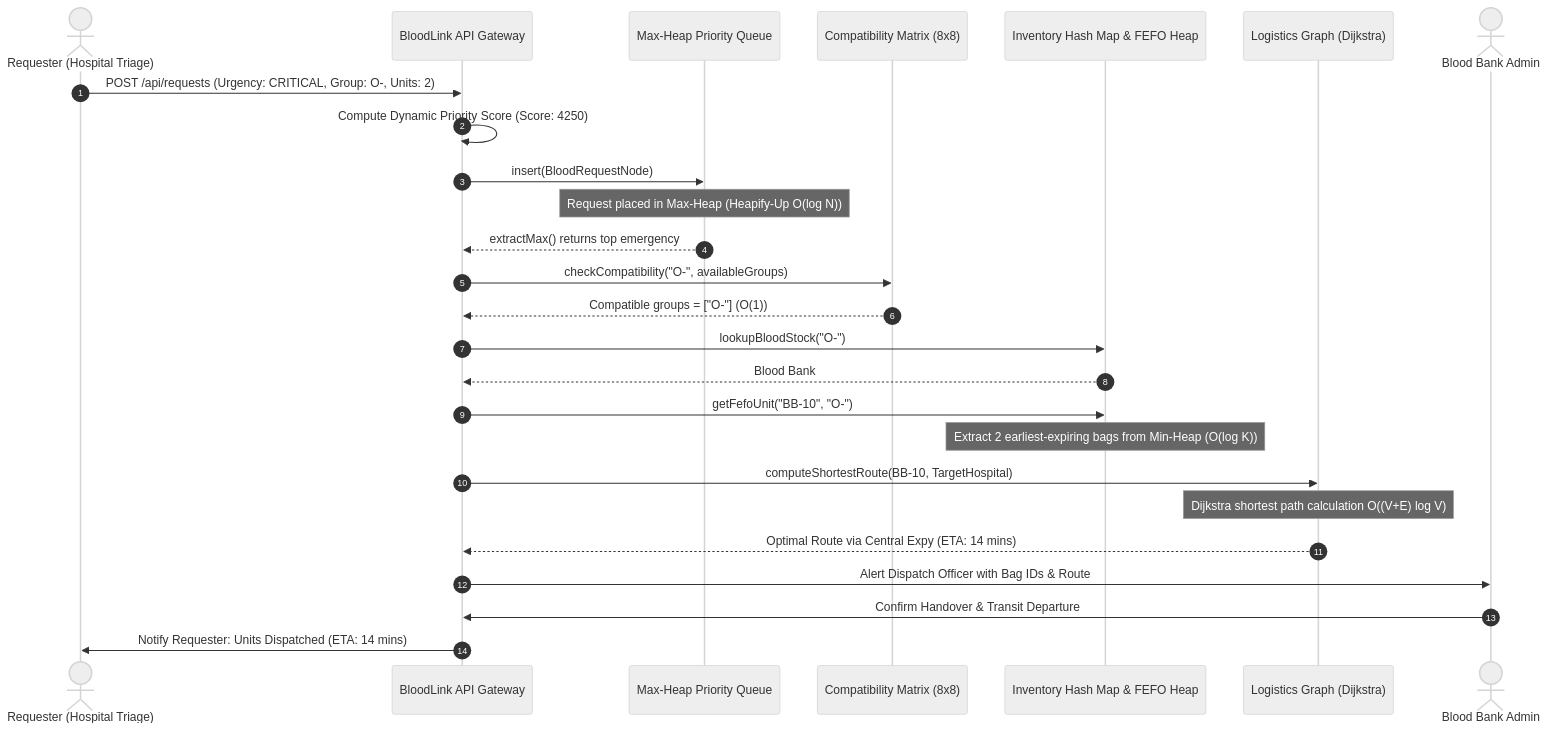
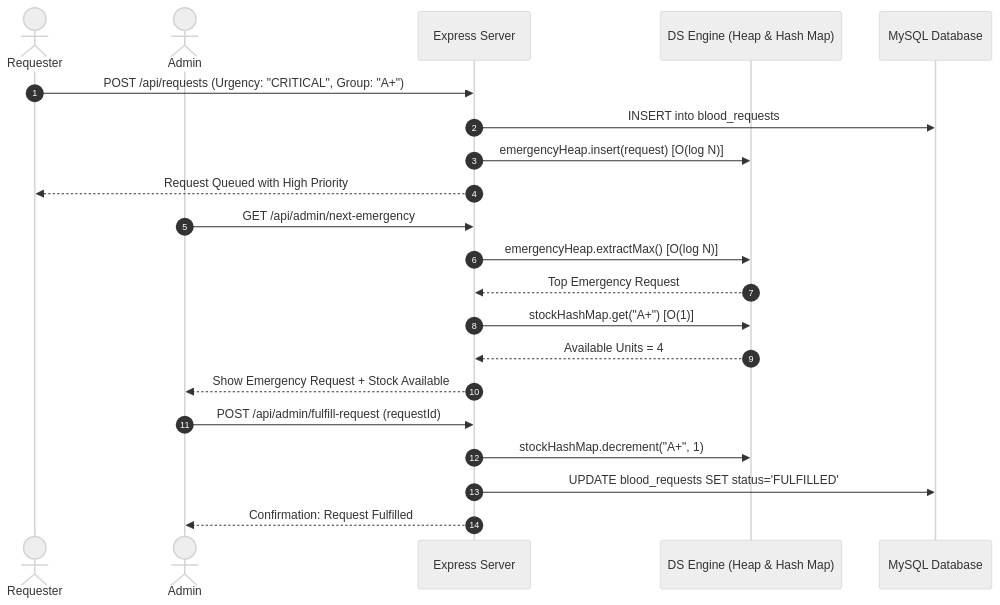
Before and after one commit to Shrey113/Assignment-1: the fourth of 5 diagrams in docs/04_user_roles_and_workflows.md, drawn with Mermaid (neutral theme). The commit also changed other lines of this file and 14 other files, not shown here.

Commit message:
refactor: simplify architecture, workflows, and DS flow for fast development

````diff
--- a/docs/04_user_roles_and_workflows.md
+++ b/docs/04_user_roles_and_workflows.md
@@ -104,34 +149,26 @@
 ```mermaid
 sequenceDiagram
     autonumber
-    actor Req as Requester (Hospital Triage)
-    participant API as BloodLink API Gateway
-    participant DS_Heap as Max-Heap Priority Queue
-    participant DS_Compat as Compatibility Matrix (8x8)
-    participant DS_Inv as Inventory Hash Map & FEFO Heap
-    participant DS_Graph as Logistics Graph (Dijkstra)
-    actor Admin as Blood Bank Admin
+    actor Req as Requester
+    actor Admin as Admin
+    participant Server as Express Server
+    participant DS as DS Engine (Heap & Hash Map)
+    participant DB as MySQL Database
 
-    Req->>API: POST /api/requests (Urgency: CRITICAL, Group: O-, Units: 2)
-    API->>API: Compute Dynamic Priority Score (Score: 4250)
-    API->>DS_Heap: insert(BloodRequestNode)
-    Note over DS_Heap: Request placed in Max-Heap (Heapify-Up O(log N))
+    Req->>Server: POST /api/requests (Urgency: "CRITICAL", Group: "A+")
+    Server->>DB: INSERT into blood_requests
+    Server->>DS: emergencyHeap.insert(request) [O(log N)]
+    Server-->>Req: Request Queued with High Priority
 
-    DS_Heap-->>API: extractMax() returns top emergency
-    API->>DS_Compat: checkCompatibility("O-", availableGroups)
-    DS_Compat-->>API: Compatible groups = ["O-"] (O(1))
+    Admin->>Server: GET /api/admin/next-emergency
+    Server->>DS: emergencyHeap.extractMax() [O(log N)]
+    DS-->>Server: Top Emergency Request
+    Server->>DS: stockHashMap.get("A+") [O(1)]
+    DS-->>Server: Available Units = 4
+    Server-->>Admin: Show Emergency Request + Stock Available
 
-    API->>DS_Inv: lookupBloodStock("O-")
-    DS_Inv-->>API: Blood Bank #BB-10 has 3 safe units
-    
-    API->>DS_Inv: getFefoUnit("BB-10", "O-")
-    Note over DS_Inv: Extract 2 earliest-expiring bags from Min-Heap (O(log K))
-
-    API->>DS_Graph: computeShortestRoute(BB-10, TargetHospital)
-    Note over DS_Graph: Dijkstra shortest path calculation O((V+E) log V)
-    DS_Graph-->>API: Optimal Route via Central Expy (ETA: 14 mins)
-
-    API->>Admin: Alert Dispatch Officer with Bag IDs & Route
-    Admin->>API: Confirm Handover & Transit Departure
-    API->>Req: Notify Requester: Units Dispatched (ETA: 14 mins)
+    Admin->>Server: POST /api/admin/fulfill-request (requestId)
+    Server->>DS: stockHashMap.decrement("A+", 1)
+    Server->>DB: UPDATE blood_requests SET status='FULFILLED'
+    Server-->>Admin: Confirmation: Request Fulfilled
 ```
````
